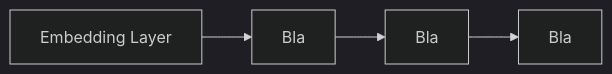
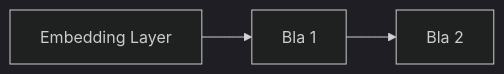
One commit to eisenjulian/nlp_estimator_tutorial changed the diagram in blog.md. Above: the diagram before and after it, drawn with Mermaid (dark theme). The commit also changed other lines of this file, not shown here.

Commit message:
Uploaded by https://stackedit.io/

````diff
--- a/blog.md
+++ b/blog.md
@@ -136,7 +136,4 @@
 ```mermaid
 graph LR
-    id1[Embedding Layer] 
-    --> id2[Bla]
-    --> id3[Bla]
-    --> id4[Bla]
+    id1[Embedding Layer] --> id2[Bla 1] --> id3[Bla 2]
 ```
````
